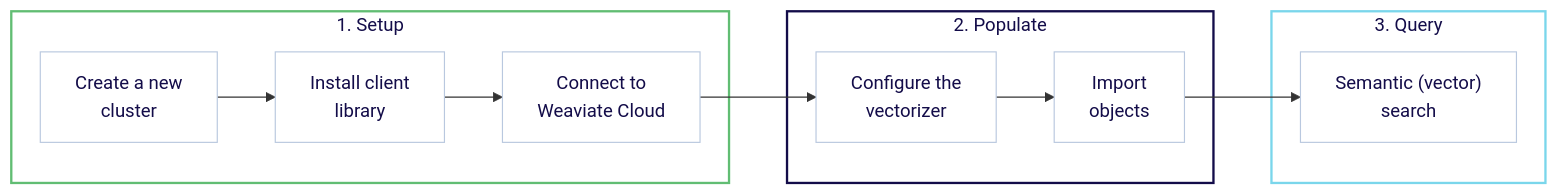
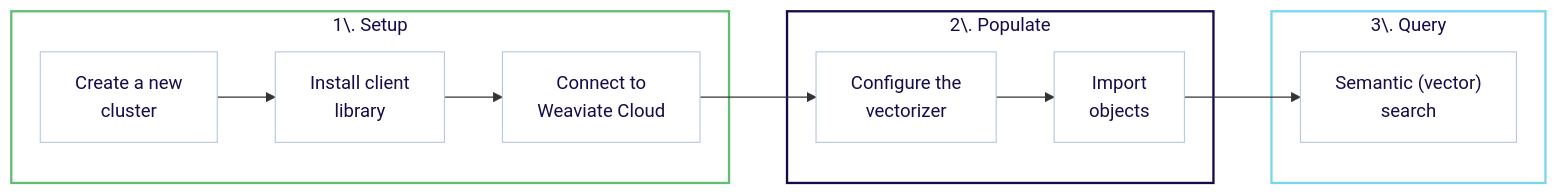
Before and after one commit to weaviate/docs: the diagram in docs/cloud/embeddings/quickstart.mdx, drawn with Mermaid. The commit also changed 9 other files, not shown here.

````diff
--- a/docs/cloud/embeddings/quickstart.mdx
+++ b/docs/cloud/embeddings/quickstart.mdx
@@ -32,38 +32,38 @@
 ```mermaid
 flowchart LR
     %% Define nodes with white backgrounds and darker borders
     A1["Create a new \ncluster"] --> A2["Install client\nlibrary"]
     A2 --> A3["Connect to\nWeaviate Cloud"]
     A3 --> B1["Configure the \nvectorizer"]
     B1 --> B2["Import\nobjects"]
     B2 --> C1["Semantic (vector)\n search\n"]
 
     %% Group nodes in subgraphs with brand colors
-    subgraph sg1 ["1. Setup"]
+    subgraph sg1 ["1\. Setup"]
         A1
         A2
         A3
     end
 
-    subgraph sg2 ["2. Populate"]
+    subgraph sg2 ["2\. Populate"]
         B1
         B2
     end
 
-    subgraph sg3 ["3. Query"]
+    subgraph sg3 ["3\. Query"]
         C1
     end
 
     %% Style nodes with white background and darker borders
     style A1 fill:#ffffff,stroke:#B9C8DF,color:#130C49
     style A2 fill:#ffffff,stroke:#B9C8DF,color:#130C49
     style A3 fill:#ffffff,stroke:#B9C8DF,color:#130C49
     style B1 fill:#ffffff,stroke:#B9C8DF,color:#130C49
     style B2 fill:#ffffff,stroke:#B9C8DF,color:#130C49
     style C1 fill:#ffffff,stroke:#B9C8DF,color:#130C49
 
     %% Style subgraphs with brand colors
     style sg1 fill:#ffffff,stroke:#61BD73,stroke-width:2px,color:#130C49
     style sg2 fill:#ffffff,stroke:#130C49,stroke-width:2px,color:#130C49
     style sg3 fill:#ffffff,stroke:#7AD6EB,stroke-width:2px,color:#130C49
 ```
````
